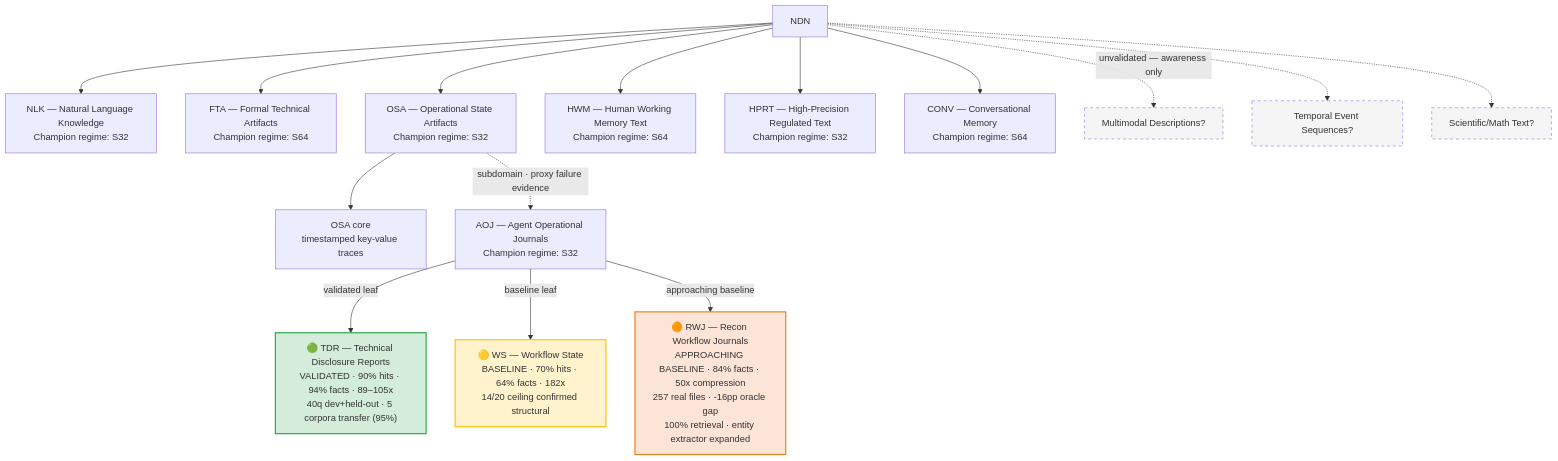
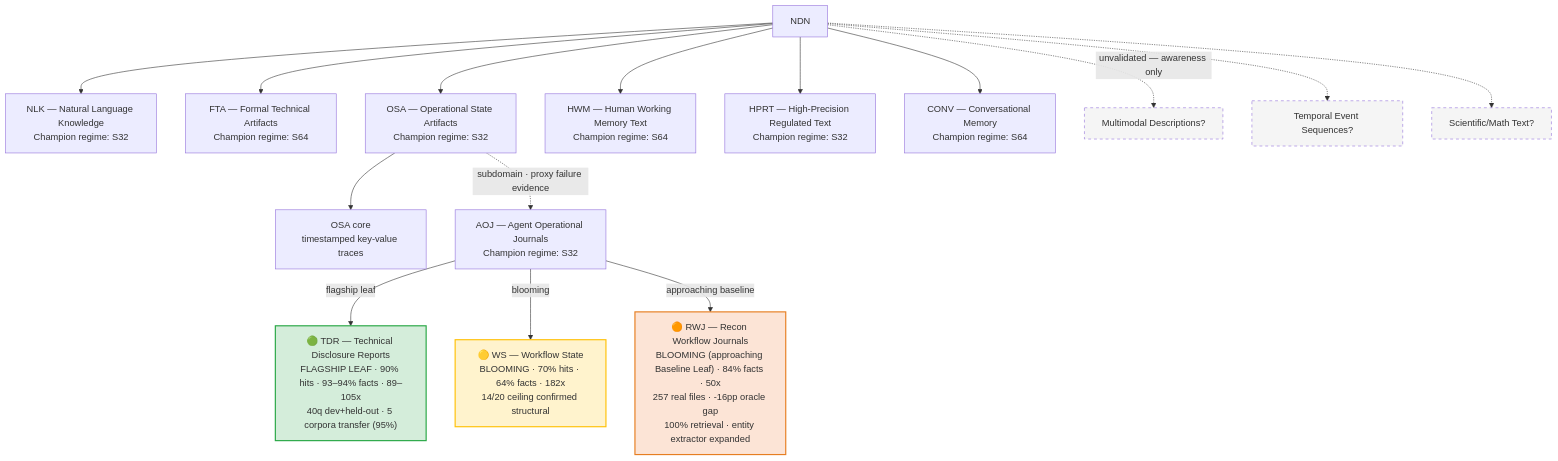
Before and after one commit to fabiocti/ndn-blueprint: the diagram in ndn_blueprint/diagrams/diagram_02_node_tree.md, drawn with Mermaid. The commit also changed other lines of this file and 18 other files, not shown here.

````diff
--- a/ndn_blueprint/diagrams/diagram_02_node_tree.md
+++ b/ndn_blueprint/diagrams/diagram_02_node_tree.md
@@ -11,47 +11,47 @@
 ```mermaid
 graph TD
     NDN[NDN]
 
     NLK["NLK — Natural Language Knowledge<br/>Champion regime: S32"]
     FTA["FTA — Formal Technical Artifacts<br/>Champion regime: S64"]
     OSA["OSA — Operational State Artifacts<br/>Champion regime: S32"]
     HWM["HWM — Human Working Memory Text<br/>Champion regime: S64"]
     HPRT["HPRT — High-Precision Regulated Text<br/>Champion regime: S32"]
     CONV["CONV — Conversational Memory<br/>Champion regime: S64"]
 
     OSA_CORE["OSA core<br/>timestamped key-value traces"]
     AOJ["AOJ — Agent Operational Journals<br/>Champion regime: S32"]
 
-    TDR["🟢 TDR — Technical Disclosure Reports<br/>VALIDATED · 90% hits · 94% facts · 89–105x<br/>40q dev+held-out · 5 corpora transfer (95%)"]
-    WS["🟡 WS — Workflow State<br/>BASELINE · 70% hits · 64% facts · 182x<br/>14/20 ceiling confirmed structural"]
-    RWJ["🟠 RWJ — Recon Workflow Journals<br/>APPROACHING BASELINE · 84% facts · 50x compression<br/>257 real files · -16pp oracle gap<br/>100% retrieval · entity extractor expanded"]
+    TDR["🟢 TDR — Technical Disclosure Reports<br/>FLAGSHIP LEAF · 90% hits · 93–94% facts · 89–105x<br/>40q dev+held-out · 5 corpora transfer (95%)"]
+    WS["🟡 WS — Workflow State<br/>BLOOMING · 70% hits · 64% facts · 182x<br/>14/20 ceiling confirmed structural"]
+    RWJ["🟠 RWJ — Recon Workflow Journals<br/>BLOOMING (approaching Baseline Leaf) · 84% facts · 50x<br/>257 real files · -16pp oracle gap<br/>100% retrieval · entity extractor expanded"]
 
     FUTURE1["Multimodal Descriptions?"]
     FUTURE2["Temporal Event Sequences?"]
     FUTURE3["Scientific/Math Text?"]
 
     NDN --> NLK
     NDN --> FTA
     NDN --> OSA
     NDN --> HWM
     NDN --> HPRT
     NDN --> CONV
 
     OSA --> OSA_CORE
     OSA -.->|"subdomain · proxy failure evidence"| AOJ
 
-    AOJ -->|"validated leaf"| TDR
-    AOJ -->|"baseline leaf"| WS
+    AOJ -->|"flagship leaf"| TDR
+    AOJ -->|"blooming"| WS
     AOJ -->|"approaching baseline"| RWJ
 
     NDN -.->|"unvalidated — awareness only"| FUTURE1
     NDN -.-> FUTURE2
     NDN -.-> FUTURE3
 
     style TDR fill:#d4edda,stroke:#28a745,stroke-width:2px
     style WS fill:#fff3cd,stroke:#ffc107,stroke-width:2px
     style RWJ fill:#fce4d6,stroke:#e67e22,stroke-width:2px
     style FUTURE1 fill:#f5f5f5,stroke-dasharray: 5 5
     style FUTURE2 fill:#f5f5f5,stroke-dasharray: 5 5
     style FUTURE3 fill:#f5f5f5,stroke-dasharray: 5 5
 ```
````
